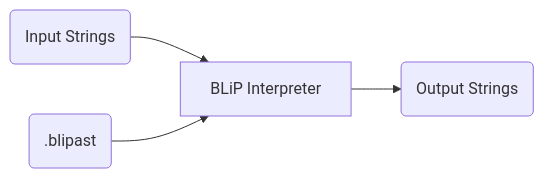
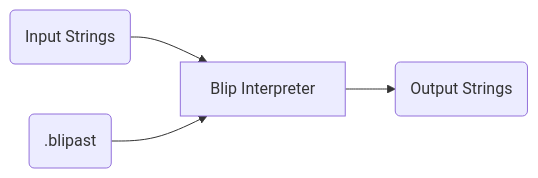
The second of 3 diagrams in README.md (psysrc/blip), drawn with Mermaid before and after one commit. The commit also changed other lines of this file, not shown here.

````diff
--- a/README.md
+++ b/README.md
@@ -23,10 +23,10 @@
 ```mermaid
 flowchart LR
     i(Input Strings)
     o(Output Strings)
     blipast(.blipast)
-    interpreter[BLiP Interpreter]
+    interpreter[Blip Interpreter]
 
     i --> interpreter
     blipast --> interpreter --> o
 ```
````
